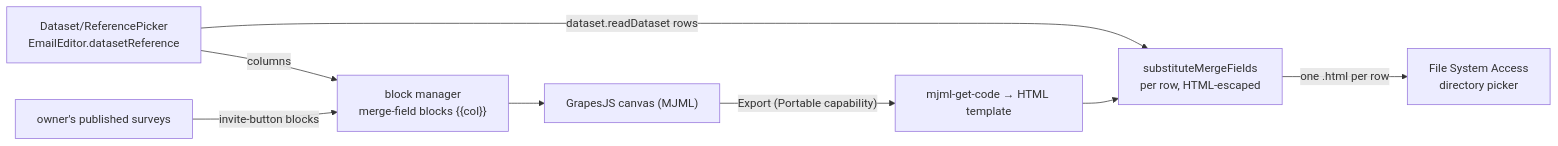
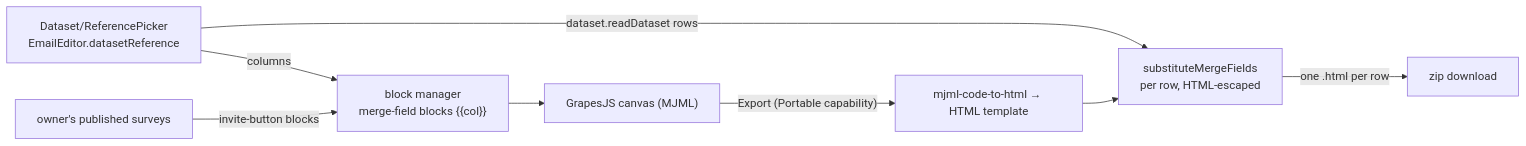
The diagram in packages/app/content/docs/platform/email-personalization.md (Esposter/Esposter), drawn with Mermaid before and after one commit. The commit also changed other lines of this file and 30 other files, not shown here.

````diff
--- a/packages/app/content/docs/platform/email-personalization.md
+++ b/packages/app/content/docs/platform/email-personalization.md
@@ -14,10 +14,10 @@
 ```mermaid
 flowchart LR
   BIND["Dataset/ReferencePicker<br/>EmailEditor.datasetReference"] -->|columns| BLOCKS["block manager<br/>merge-field blocks {{col}}"]
   SURV["owner's published surveys"] -->|invite-button blocks| BLOCKS
   BLOCKS --> CANVAS["GrapesJS canvas (MJML)"]
-  CANVAS -->|"Export (Portable capability)"| MJML["mjml-get-code → HTML template"]
+  CANVAS -->|"Export (Portable capability)"| MJML["mjml-code-to-html → HTML template"]
   BIND -->|dataset.readDataset rows| SUB["substituteMergeFields<br/>per row, HTML-escaped"]
   MJML --> SUB
-  SUB -->|"one .html per row"| OUT["File System Access<br/>directory picker"]
+  SUB -->|"one .html per row"| OUT["zip download"]
 ```
````
